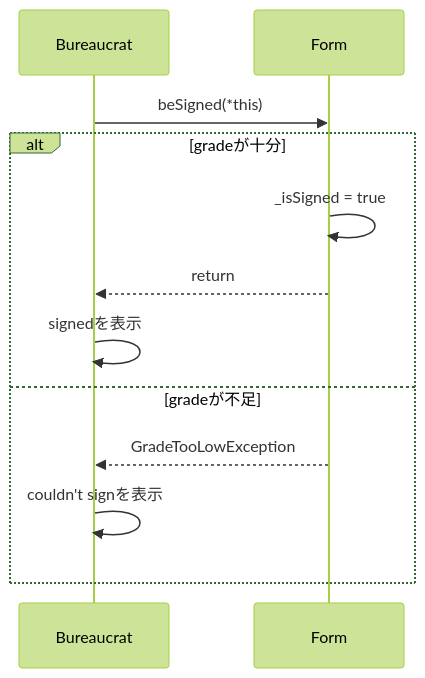
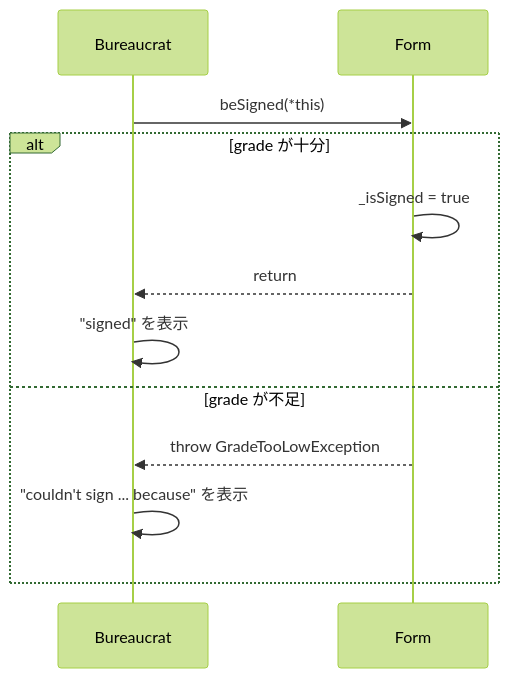
One commit to Kizuna42/cpp changed the fourth of 6 diagrams in CPP05_COMPLETE_DEFENSE_GUIDE.md. Above: the diagram before and after it, drawn with Mermaid (forest theme). The commit also changed other lines of this file, not shown here.

````diff
--- a/CPP05_COMPLETE_DEFENSE_GUIDE.md
+++ b/CPP05_COMPLETE_DEFENSE_GUIDE.md
@@ -306,14 +213,14 @@
 ```mermaid
 sequenceDiagram
     participant B as Bureaucrat
     participant F as Form
     B->>F: beSigned(*this)
-    alt gradeが十分
+    alt grade が十分
         F->>F: _isSigned = true
         F-->>B: return
-        B->>B: signedを表示
-    else gradeが不足
-        F-->>B: GradeTooLowException
-        B->>B: couldn't signを表示
+        B->>B: "signed" を表示
+    else grade が不足
+        F-->>B: throw GradeTooLowException
+        B->>B: "couldn't sign ... because" を表示
     end
 ```
````
